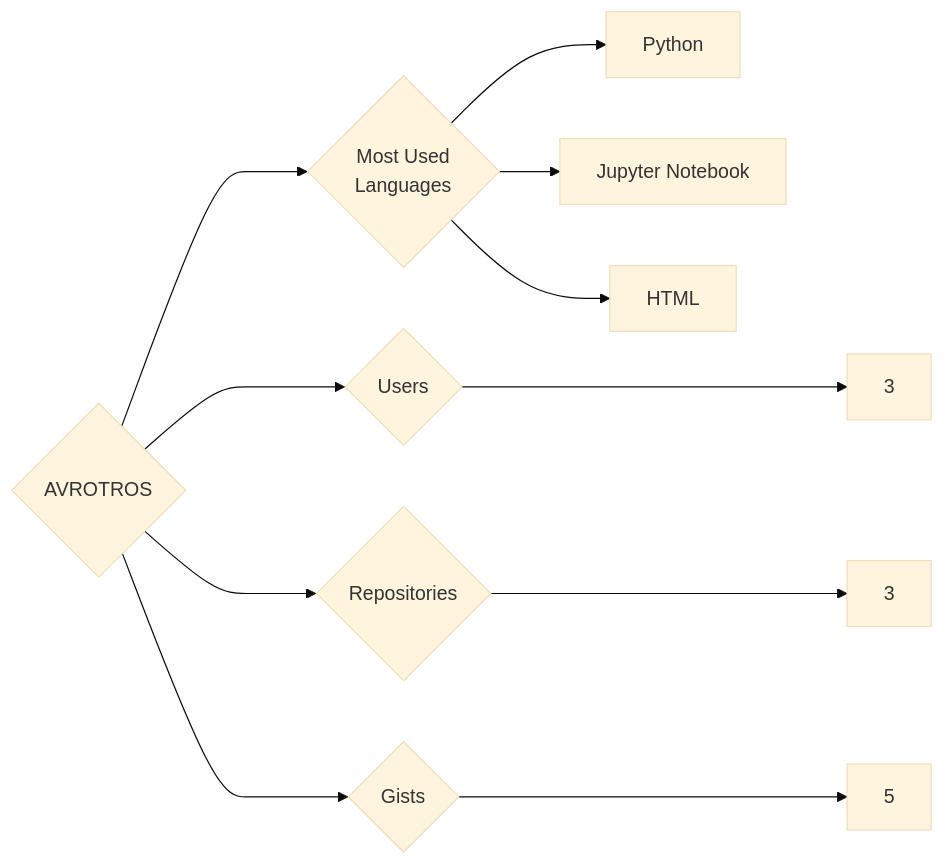
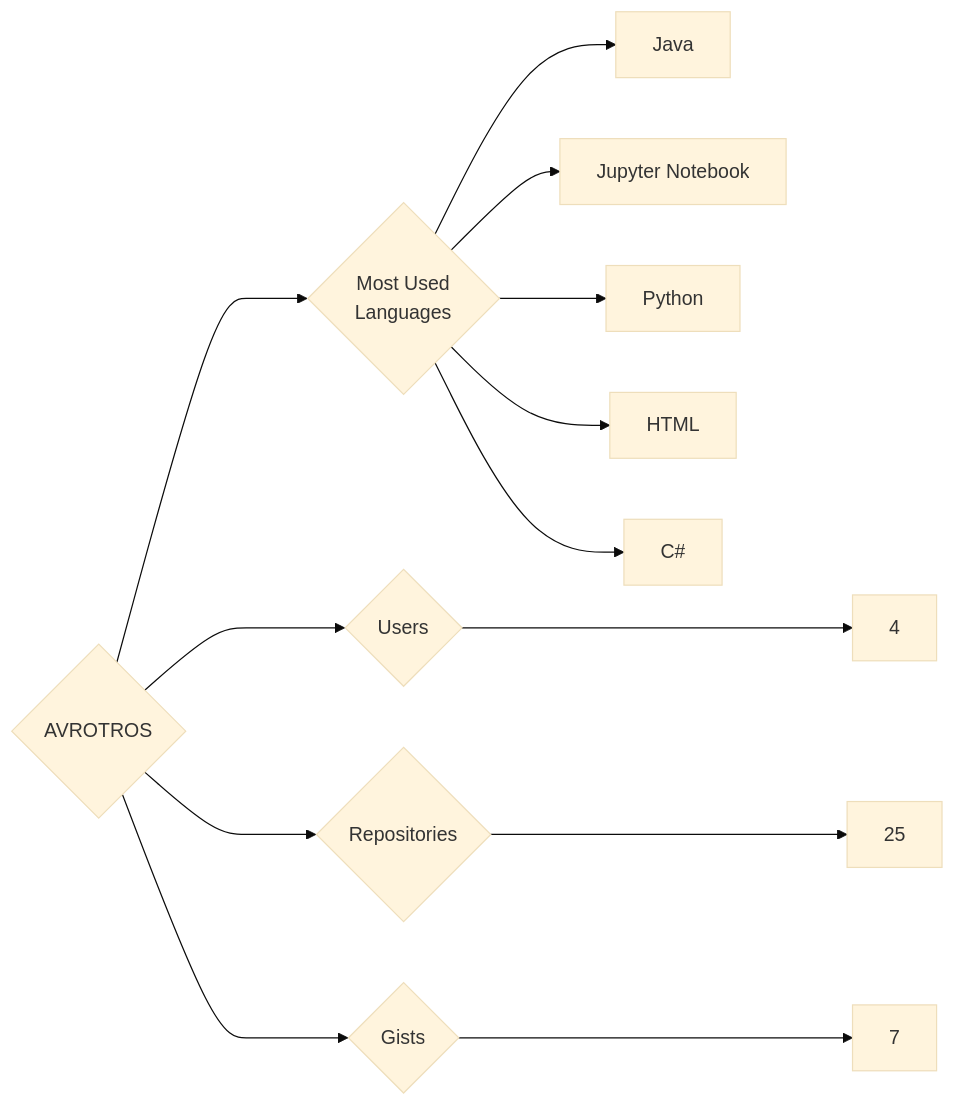
Before and after one commit to trickest/insiders: the diagram in targets/AVROTROS/README.md, drawn with Mermaid (base theme). The commit also changed 688 other files, not shown here.

````diff
--- a/targets/AVROTROS/README.md
+++ b/targets/AVROTROS/README.md
@@ -3,11 +3,13 @@
 ```mermaid
 graph LR
 COMPANY_NAME{AVROTROS}
-COMPANY_NAME ---> U{Users} ---> UN[3]
-COMPANY_NAME ---> R{Repositories} ---> RN[3]
-COMPANY_NAME ---> G{Gists} ---> GN[5]
+COMPANY_NAME ---> U{Users} ---> UN[4]
+COMPANY_NAME ---> R{Repositories} ---> RN[25]
+COMPANY_NAME ---> G{Gists} ---> GN[7]
 COMPANY_NAME ---> ML{Most Used<br>Languages}
+ML --> Java[Java]
+ML --> Jupyter_Notebook[Jupyter Notebook]
 ML --> Python[Python]
-ML --> Jupyter_Notebook[Jupyter Notebook]
 ML --> HTML[HTML]
+ML --> C#[C#]
 ```
````
